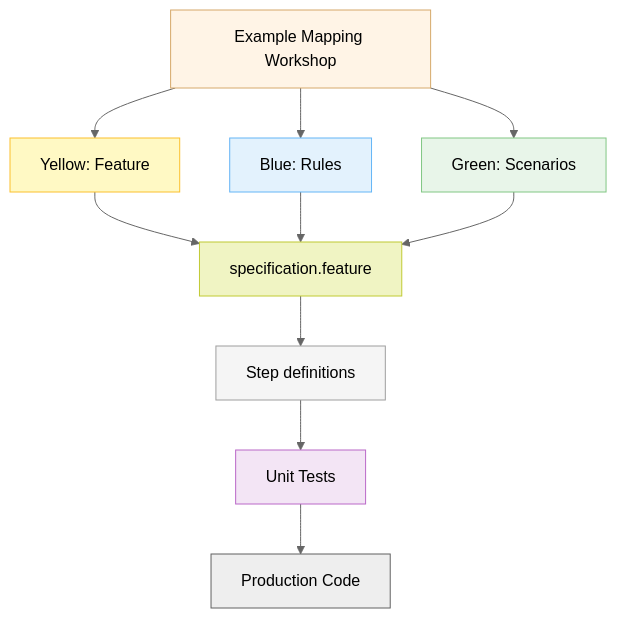
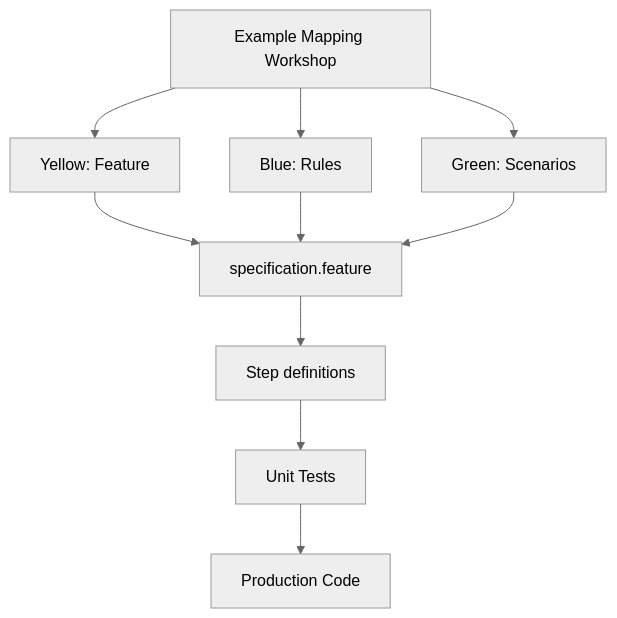
The second of 5 diagrams in docs/explanation/specifications/three-layer-approach.md (ready-to-release/eac), drawn with Mermaid (neutral theme) before and after one commit. The commit also changed other lines of this file and 28 other files, not shown here.

````diff
--- a/docs/explanation/specifications/three-layer-approach.md
+++ b/docs/explanation/specifications/three-layer-approach.md
@@ -173,23 +168,15 @@
 ```mermaid
 flowchart TD
     Workshop[Example Mapping Workshop] --> Feature[Yellow: Feature]
     Workshop --> Rules[Blue: Rules]
     Workshop --> Scenarios[Green: Scenarios]
 
     Feature --> Spec[specification.feature]
     Rules --> Spec
     Scenarios --> Spec
 
     Spec --> Steps[Step definitions]
     Steps --> UnitTests[Unit Tests]
     UnitTests --> Code[Production Code]
 
-    style Workshop fill:#fff4e6,stroke:#d6a86a,stroke-width:1px,color:#000
-    style Feature fill:#fff9c4,stroke:#fbc02d,stroke-width:1px,color:#000
-    style Rules fill:#e3f2fd,stroke:#64b5f6,stroke-width:1px,color:#000
-    style Scenarios fill:#e8f5e9,stroke:#81c784,stroke-width:1px,color:#000
-    style Spec fill:#f0f4c3,stroke:#c0ca33,stroke-width:1px,color:#000
-    style Steps fill:#f5f5f5,stroke:#9e9e9e,stroke-width:1px,color:#000
-    style UnitTests fill:#f3e5f5,stroke:#ba68c8,stroke-width:1px,color:#000
-    style Code fill:#eeeeee,stroke:#616161,stroke-width:1px,color:#000
 ```
````
